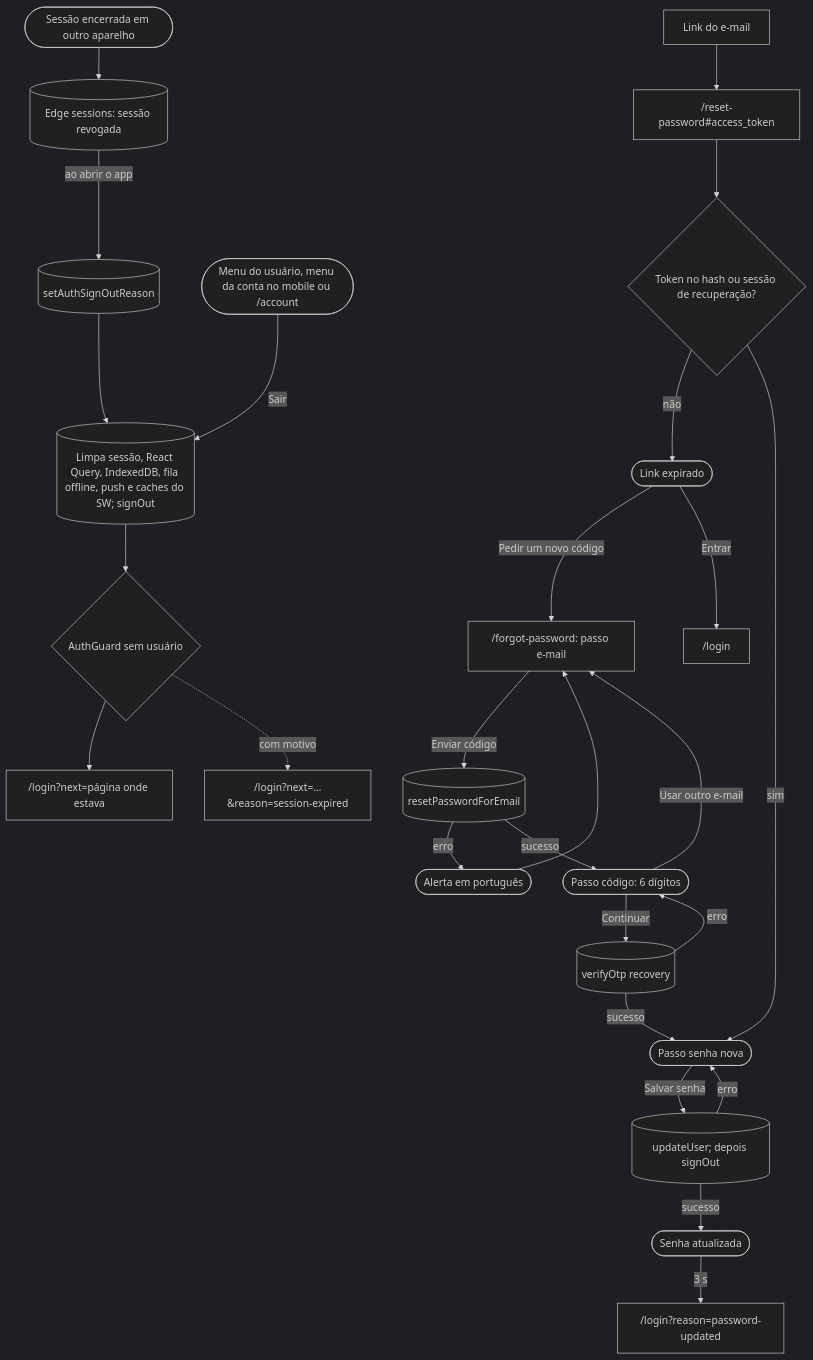
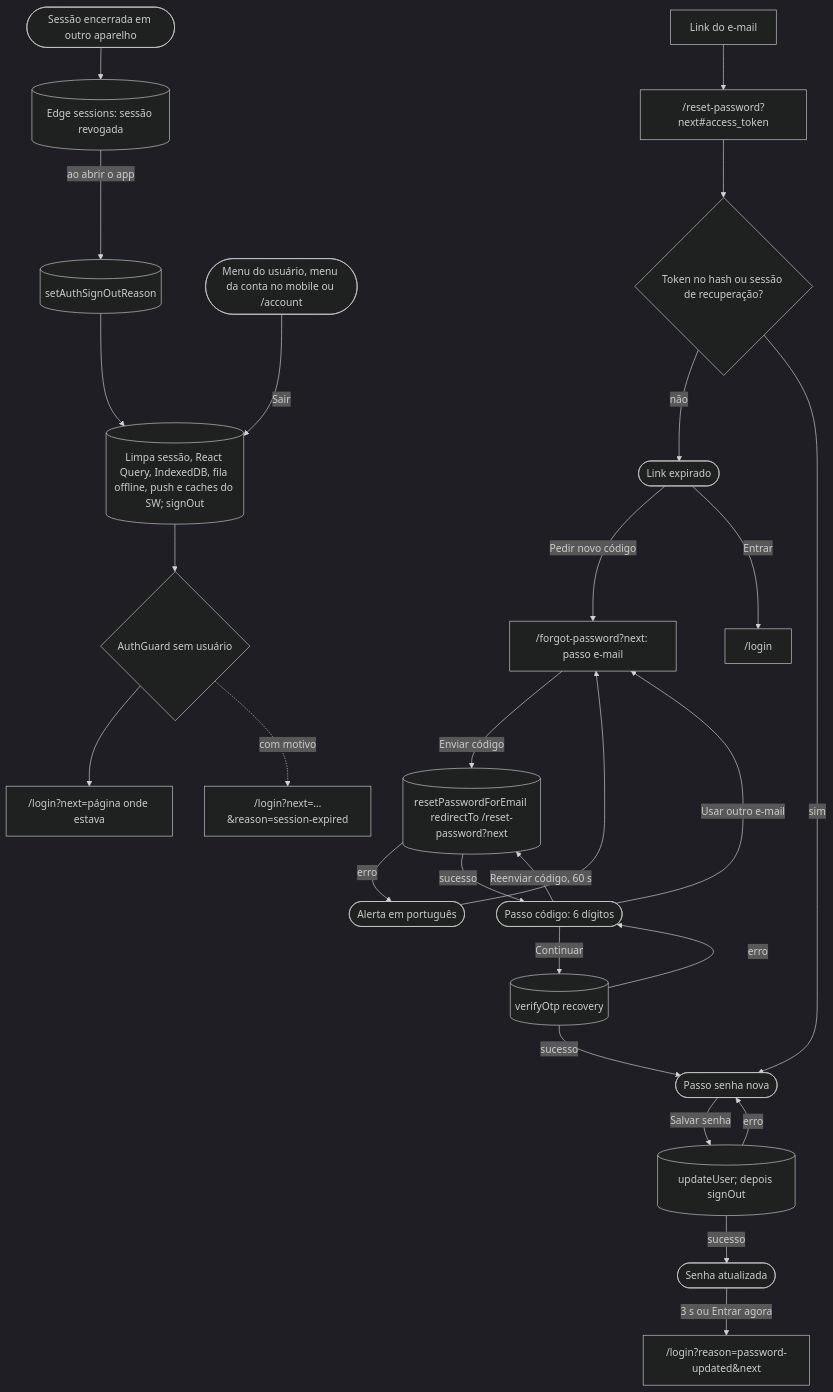
The third of 14 diagrams in docs/JORNADAS.md (kauax2000/finance_app), drawn with Mermaid before and after one commit. The commit also changed other lines of this file and 3 other files, not shown here.

Commit message:
docs(jornadas): reenviar, next na recuperação e status de convite

````diff
--- a/docs/JORNADAS.md
+++ b/docs/JORNADAS.md
@@ -148,29 +151,30 @@
 ```mermaid
 %%{init: {"theme": "dark"}}%%
 flowchart TD
-    forgot["/forgot-password: passo e-mail"] -->|"Enviar código"| resetMail[("resetPasswordForEmail")]
+    forgot["/forgot-password?next: passo e-mail"] -->|"Enviar código"| resetMail[("resetPasswordForEmail redirectTo /reset-password?next")]
     resetMail -->|"erro"| forgotErr(["Alerta em português"]) --> forgot
     resetMail -->|"sucesso"| code(["Passo código: 6 dígitos"])
     code -->|"Usar outro e-mail"| forgot
+    code -->|"Reenviar código, 60 s"| resetMail
     code -->|"Continuar"| verify[("verifyOtp recovery")]
     verify -->|"erro"| code
     verify -->|"sucesso"| newPass(["Passo senha nova"])
     newPass -->|"Salvar senha"| update[("updateUser; depois signOut")]
     update -->|"erro"| newPass
-    update -->|"sucesso"| done(["Senha atualizada"]) -->|"3 s"| loginPwd["/login?reason=password-updated"]
+    update -->|"sucesso"| done(["Senha atualizada"]) -->|"3 s ou Entrar agora"| loginPwd["/login?reason=password-updated&next"]
 
-    mailLink["Link do e-mail"] --> reset["/reset-password#access_token"]
+    mailLink["Link do e-mail"] --> reset["/reset-password?next#access_token"]
     reset --> token{"Token no hash ou sessão de recuperação?"}
     token -->|"não"| expired(["Link expirado"])
-    expired -->|"Pedir um novo código"| forgot
+    expired -->|"Pedir novo código"| forgot
     expired -->|"Entrar"| loginPlain["/login"]
     token -->|"sim"| newPass
 
     menus(["Menu do usuário, menu da conta no mobile ou /account"]) -->|"Sair"| signout[("Limpa sessão, React Query, IndexedDB, fila offline, push e caches do SW; signOut")]
     signout --> guardOut{"AuthGuard sem usuário"}
     guardOut --> loginNext["/login?next=página onde estava"]
 
     other(["Sessão encerrada em outro aparelho"]) --> check[("Edge sessions: sessão revogada")]
     check -->|"ao abrir o app"| reason[("setAuthSignOutReason")] --> signout
     guardOut -.->|"com motivo"| loginReason["/login?next=…&reason=session-expired"]
 ```
````
